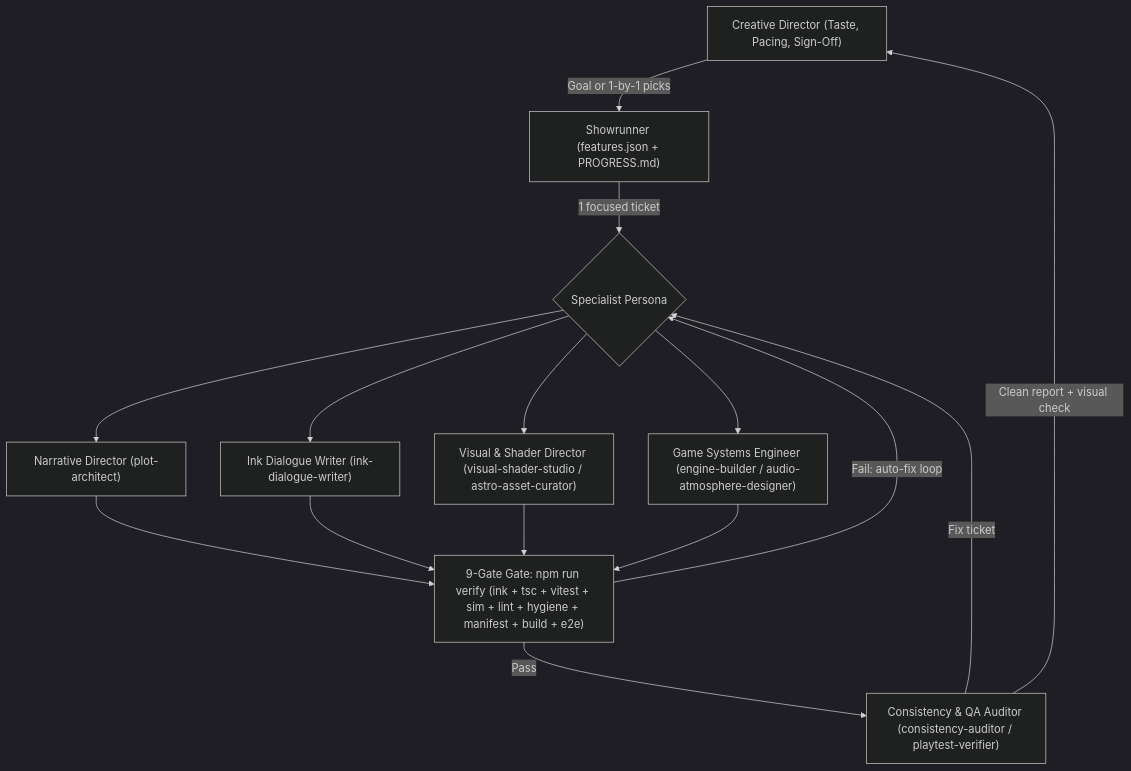
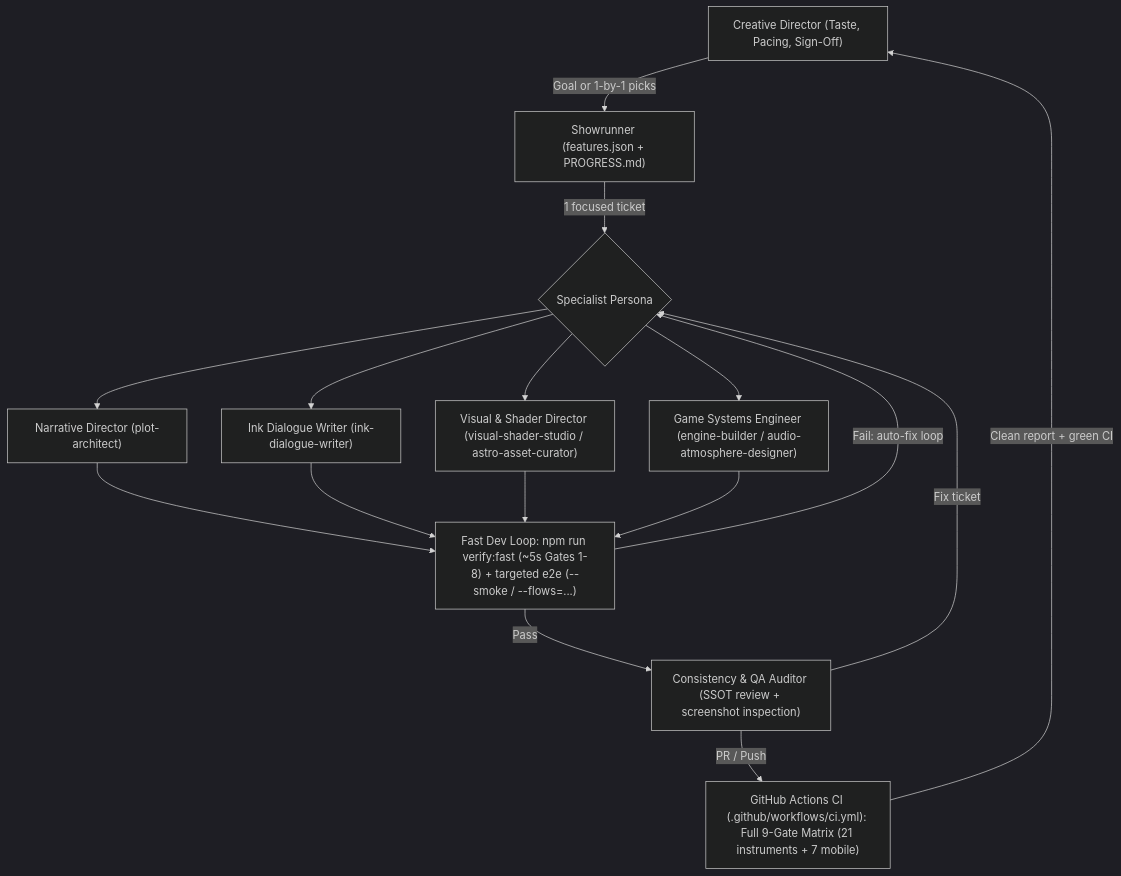
Before and after one commit to s-soltys/instance-1419: the diagram in docs/HARNESS.md, drawn with Mermaid (dark theme). The commit also changed other lines of this file and 24 other files, not shown here.

````diff
--- a/docs/HARNESS.md
+++ b/docs/HARNESS.md
@@ -44,15 +44,16 @@
 ```mermaid
 flowchart TD
     H["Creative Director (Taste, Pacing, Sign-Off)"] -->|"Goal or 1-by-1 picks"| SR["Showrunner (features.json + PROGRESS.md)"]
     SR -->|"1 focused ticket"| DIS{"Specialist Persona"}
     DIS --> ND["Narrative Director (plot-architect)"]
     DIS --> DW["Ink Dialogue Writer (ink-dialogue-writer)"]
     DIS --> VS["Visual & Shader Director (visual-shader-studio / astro-asset-curator)"]
     DIS --> GE["Game Systems Engineer (engine-builder / audio-atmosphere-designer)"]
 
-    ND & DW & VS & GE --> GATE["9-Gate Gate: npm run verify (ink + tsc + vitest + sim + lint + hygiene + manifest + build + e2e)"]
+    ND & DW & VS & GE --> GATE["Fast Dev Loop: npm run verify:fast (~5s Gates 1-8) + targeted e2e (--smoke / --flows=...)"]
     GATE -->|"Fail: auto-fix loop"| DIS
-    GATE -->|"Pass"| AUD["Consistency & QA Auditor (consistency-auditor / playtest-verifier)"]
+    GATE -->|"Pass"| AUD["Consistency & QA Auditor (SSOT review + screenshot inspection)"]
     AUD -->|"Fix ticket"| DIS
-    AUD -->|"Clean report + visual check"| H
+    AUD -->|"PR / Push"| CI["GitHub Actions CI (.github/workflows/ci.yml): Full 9-Gate Matrix (21 instruments + 7 mobile)"]
+    CI -->|"Clean report + green CI"| H
 ```
````
